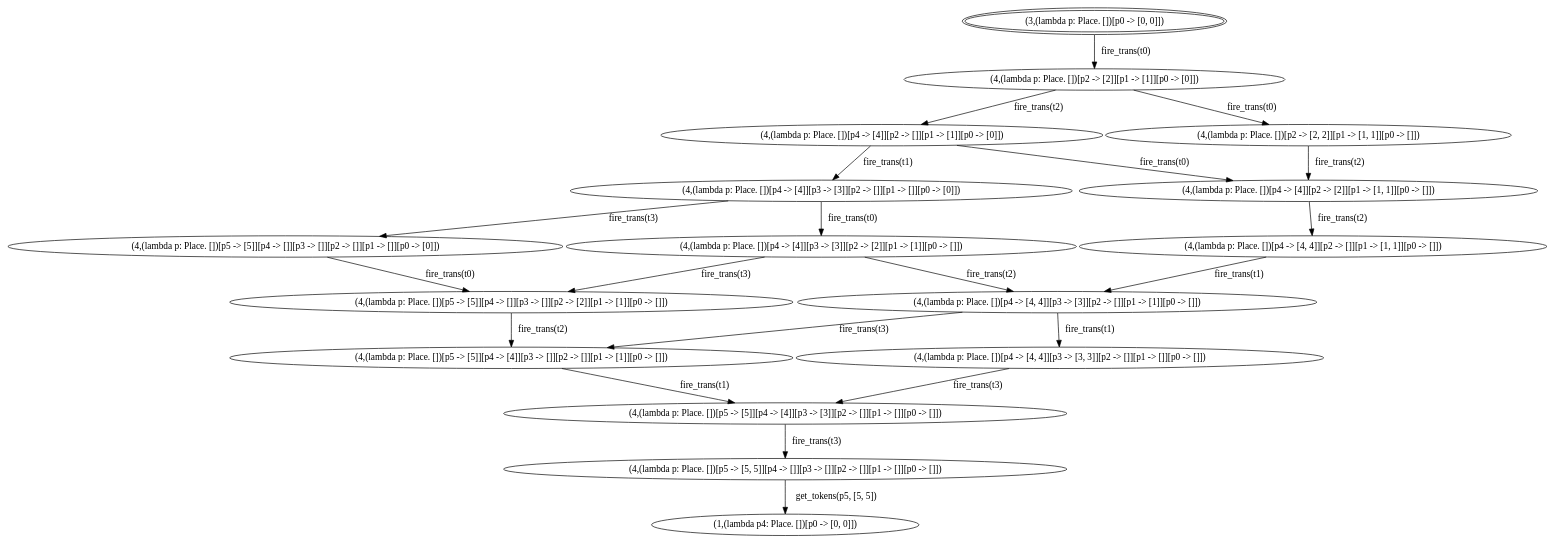
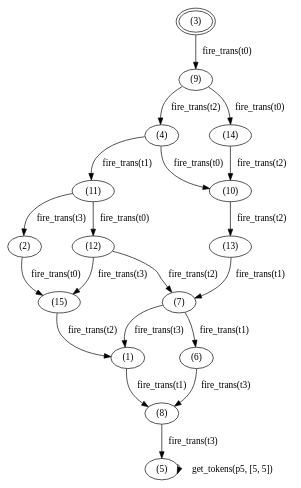
One commit to smucclaw/sandbox changed the diagram in joe/mcrl2/projects/petri_net/workdir/verification_evidence/prop0/prop0.evidence.dot. Above: the diagram before and after it, drawn with Graphviz. The commit also changed 33 other files, not shown here.

```diff
--- a/joe/mcrl2/projects/petri_net/workdir/verification_evidence/prop0/prop0.evidence.dot
+++ b/joe/mcrl2/projects/petri_net/workdir/verification_evidence/prop0/prop0.evidence.dot
@@ -1,43 +1,42 @@
 digraph G {
 center = TRUE;
 mclimit = 10.0;
 nodesep = 0.05;
 node [ width=0.25, height=0.25, label="" ];
-s15 [ peripheries=2 ];
-s0 [label="(4,(lambda p: Place. [])[p5 -> [5]][p4 -> []][p3 -> []][p2 -> []][p1 -> []][p0 -> [0]])"];
-s1 [label="(1,(lambda p4: Place. [])[p0 -> [0, 0]])"];
-s2 [label="(4,(lambda p: Place. [])[p5 -> [5, 5]][p4 -> []][p3 -> []][p2 -> []][p1 -> []][p0 -> []])"];
-s3 [label="(4,(lambda p: Place. [])[p4 -> [4]][p3 -> [3]][p2 -> []][p1 -> []][p0 -> [0]])"];
-s4 [label="(4,(lambda p: Place. [])[p4 -> [4, 4]][p3 -> [3, 3]][p2 -> []][p1 -> []][p0 -> []])"];
-s5 [label="(4,(lambda p: Place. [])[p5 -> [5]][p4 -> [4]][p3 -> [3]][p2 -> []][p1 -> []][p0 -> []])"];
-s6 [label="(4,(lambda p: Place. [])[p5 -> [5]][p4 -> [4]][p3 -> []][p2 -> []][p1 -> [1]][p0 -> []])"];
-s7 [label="(4,(lambda p: Place. [])[p4 -> [4, 4]][p3 -> [3]][p2 -> []][p1 -> [1]][p0 -> []])"];
-s8 [label="(4,(lambda p: Place. [])[p4 -> [4]][p2 -> []][p1 -> [1]][p0 -> [0]])"];
-s9 [label="(4,(lambda p: Place. [])[p4 -> [4, 4]][p2 -> []][p1 -> [1, 1]][p0 -> []])"];
-s10 [label="(4,(lambda p: Place. [])[p2 -> [2, 2]][p1 -> [1, 1]][p0 -> []])"];
-s11 [label="(4,(lambda p: Place. [])[p4 -> [4]][p2 -> [2]][p1 -> [1, 1]][p0 -> []])"];
-s12 [label="(4,(lambda p: Place. [])[p2 -> [2]][p1 -> [1]][p0 -> [0]])"];
-s13 [label="(4,(lambda p: Place. [])[p5 -> [5]][p4 -> []][p3 -> []][p2 -> [2]][p1 -> [1]][p0 -> []])"];
-s14 [label="(4,(lambda p: Place. [])[p4 -> [4]][p3 -> [3]][p2 -> [2]][p1 -> [1]][p0 -> []])"];
-s15 [label="(3,(lambda p: Place. [])[p0 -> [0, 0]])"];
-s15->s12[label="fire_trans(t0)"];
-s0->s13[label="fire_trans(t0)"];
+s14 [ peripheries=2 ];
+s0 [label="(2)"];
+s1 [label="(5)"];
+s2 [label="(11)"];
+s3 [label="(6)"];
+s4 [label="(8)"];
+s5 [label="(1)"];
+s6 [label="(7)"];
+s7 [label="(4)"];
+s8 [label="(13)"];
+s9 [label="(14)"];
+s10 [label="(10)"];
+s11 [label="(9)"];
+s12 [label="(15)"];
+s13 [label="(12)"];
+s14 [label="(3)"];
+s14->s11[label="fire_trans(t0)"];
+s0->s12[label="fire_trans(t0)"];
+s12->s5[label="fire_trans(t2)"];
+s11->s7[label="fire_trans(t2)"];
+s11->s9[label="fire_trans(t0)"];
+s10->s8[label="fire_trans(t2)"];
+s9->s10[label="fire_trans(t2)"];
+s8->s6[label="fire_trans(t1)"];
+s7->s2[label="fire_trans(t1)"];
+s7->s10[label="fire_trans(t0)"];
+s5->s4[label="fire_trans(t1)"];
+s4->s1[label="fire_trans(t3)"];
+s3->s4[label="fire_trans(t3)"];
+s13->s12[label="fire_trans(t3)"];
 s13->s6[label="fire_trans(t2)"];
-s12->s8[label="fire_trans(t2)"];
-s12->s10[label="fire_trans(t0)"];
-s11->s9[label="fire_trans(t2)"];
-s10->s11[label="fire_trans(t2)"];
-s9->s7[label="fire_trans(t1)"];
-s8->s3[label="fire_trans(t1)"];
-s8->s11[label="fire_trans(t0)"];
-s6->s5[label="fire_trans(t1)"];
-s5->s2[label="fire_trans(t3)"];
-s4->s5[label="fire_trans(t3)"];
-s14->s13[label="fire_trans(t3)"];
-s14->s7[label="fire_trans(t2)"];
-s3->s14[label="fire_trans(t0)"];
-s3->s0[label="fire_trans(t3)"];
-s7->s6[label="fire_trans(t3)"];
-s7->s4[label="fire_trans(t1)"];
-s2->s1[label="get_tokens(p5, [5, 5])"];
+s2->s13[label="fire_trans(t0)"];
+s2->s0[label="fire_trans(t3)"];
+s6->s5[label="fire_trans(t3)"];
+s6->s3[label="fire_trans(t1)"];
+s1->s1[label="get_tokens(p5, [5, 5])"];
 }
```
